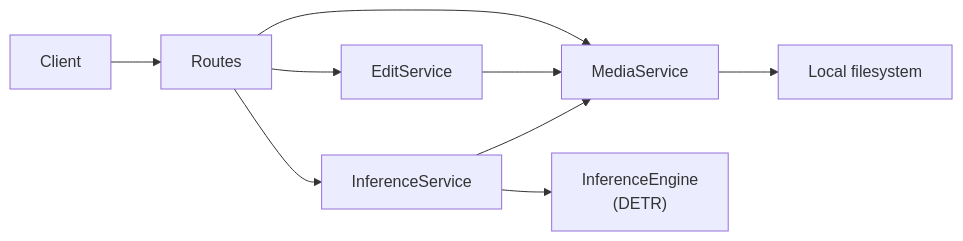
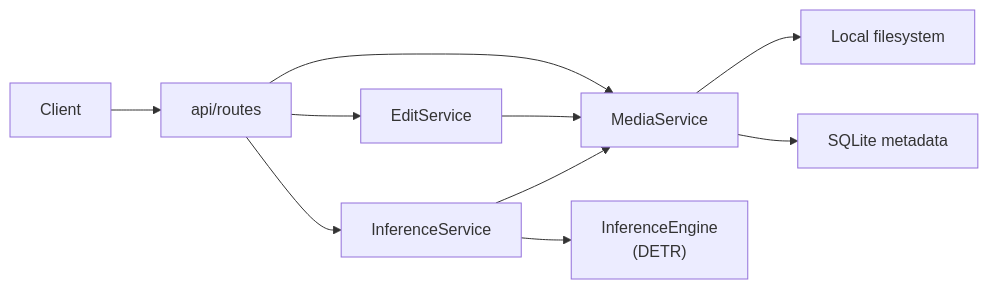
The diagram in README.md (Climber1705/image-processing-api), drawn with Mermaid before and after one commit. The commit also changed other lines of this file, not shown here.

First line of the commit message:
Update README.md to reflect architectural changes and enhanced features

````diff
--- a/README.md
+++ b/README.md
@@ -31,11 +23,12 @@
 ```mermaid
 flowchart LR
-  Client --> Routes
+  Client --> Routes["api/routes"]
   Routes --> MediaService
   Routes --> EditService
   Routes --> InferenceService
   InferenceService --> Engine["InferenceEngine\n(DETR)"]
   MediaService --> Storage["Local filesystem"]
+  MediaService --> DB["SQLite metadata"]
   EditService --> MediaService
   InferenceService --> MediaService
 ```
````
